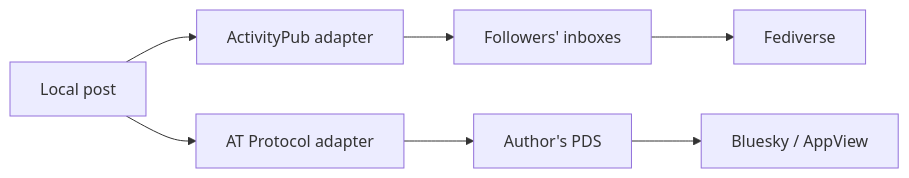
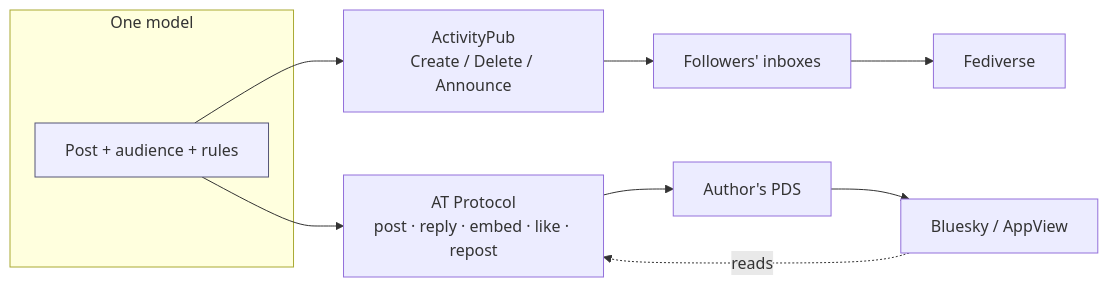
The first of 2 diagrams in README.md (SchBenedikt/core), drawn with Mermaid before and after one commit. The commit also changed other lines of this file and 22 other files, not shown here.

First line of the commit message:
feat(atproto): add the profile record and an AppView timeline read

````diff
--- a/README.md
+++ b/README.md
@@ -21,9 +21,14 @@
 ```mermaid
 flowchart LR
-    P[Local post] --> AP[ActivityPub adapter]
-    P --> AT[AT Protocol adapter]
-    AP --> I[Followers' inboxes]
-    I --> F[Fediverse]
-    AT --> X[Author's PDS]
-    X --> B[Bluesky / AppView]
+    subgraph One model
+        P[Post + audience + rules]
+    end
+    P --> AP[ActivityPub\nCreate / Delete / Announce]
+    P --> AT[AT Protocol\npost · reply · embed · like · repost]
+    AP --> IN[Followers' inboxes]
+    IN --> F[Fediverse]
+    AT --> PDS[Author's PDS]
+    PDS --> B[Bluesky / AppView]
+    B -. reads .-> AT
+    style P fill:#eef,stroke:#557
 ```
````
